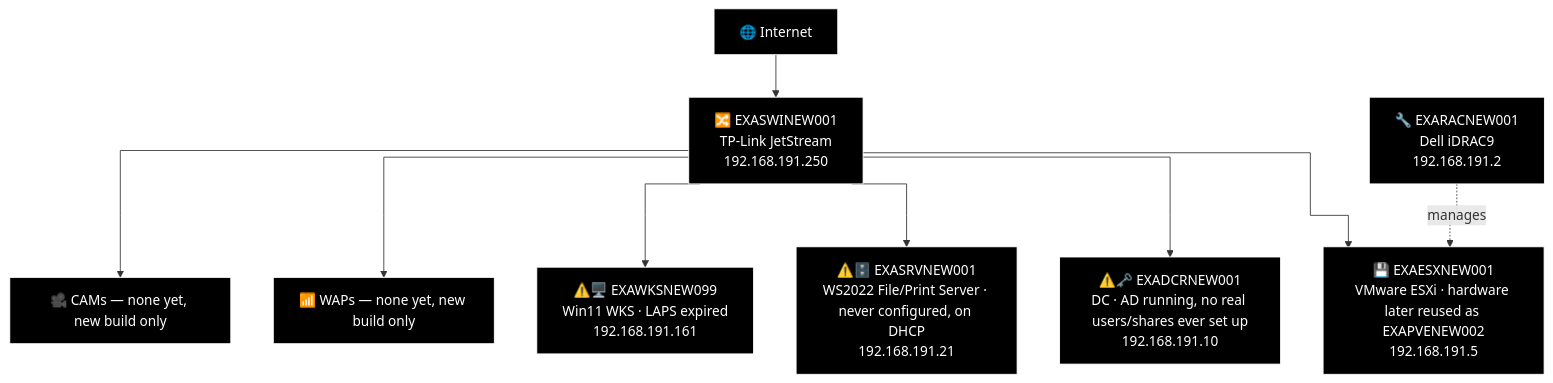
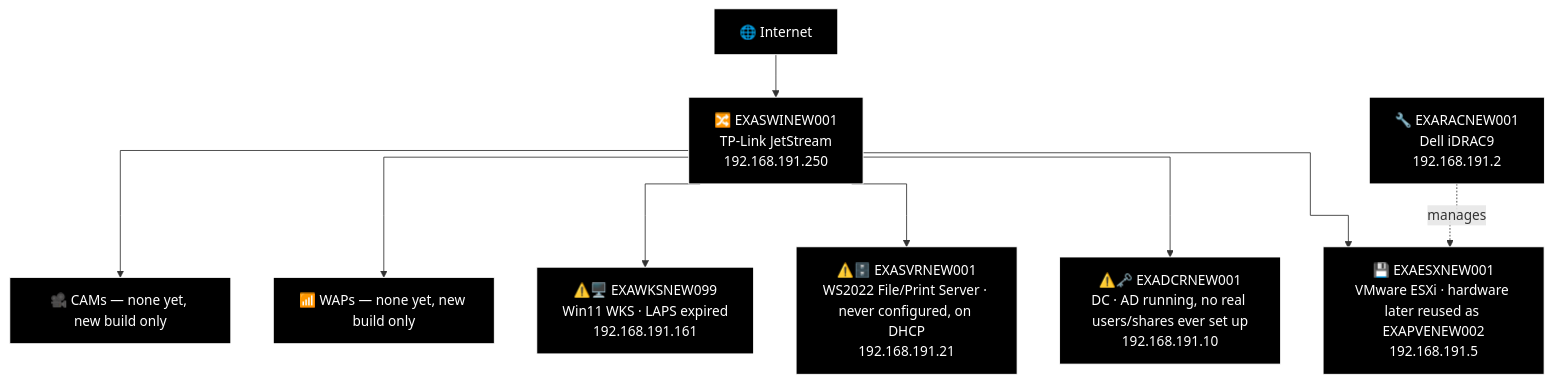
Before and after one commit to knightmare2600/example_music_infra: diagram 13 of 27 in docs/network-diagram/england.md, drawn with Mermaid. The commit also changed other lines of this file and 44 other files, not shown here.

````diff
--- a/docs/network-diagram/england.md
+++ b/docs/network-diagram/england.md
@@ -675,33 +675,33 @@
 ```mermaid
 %%{init: {'flowchart': {'curve': 'stepAfter'}}}%%
 graph TD
     O_INET["🌐 Internet"]
     O_SW["🔀 EXASWINEW001<br/>TP-Link JetStream<br/>192.168.191.250"]
     O_INET --> O_SW
 
     O_RAC["🔧 EXARACNEW001<br/>Dell iDRAC9<br/>192.168.191.2"]
     O_ESX["💾 EXAESXNEW001<br/>VMware ESXi · hardware later reused as EXAPVENEW002<br/>192.168.191.5"]
     O_SW --> O_ESX
     O_RAC -.->|"manages"| O_ESX
 
     O_DC["⚠️🗝️ EXADCRNEW001<br/>DC · AD running, no real users/shares ever set up<br/>192.168.191.10"]
-    O_SRV["⚠️🗄️ EXASRVNEW001<br/>WS2022 File/Print Server · never configured, on DHCP<br/>192.168.191.21"]
+    O_SRV["⚠️🗄️ EXASVRNEW001<br/>WS2022 File/Print Server · never configured, on DHCP<br/>192.168.191.21"]
     O_WKS["⚠️🖥️ EXAWKSNEW099<br/>Win11 WKS · LAPS expired<br/>192.168.191.161"]
     O_WAP["📶 WAPs — none yet, new build only"]
     O_CAM["🎥 CAMs — none yet, new build only"]
     O_SW --> O_DC
     O_SW --> O_SRV
     O_SW --> O_WKS
     O_SW --> O_WAP
     O_SW --> O_CAM
 
     style O_INET fill:#000000,stroke:#FFFFFF,color:#FFFFFF
     style O_SW fill:#000000,stroke:#FFFFFF,color:#FFFFFF
     style O_RAC fill:#000000,stroke:#FFFFFF,color:#FFFFFF
     style O_ESX fill:#000000,stroke:#FFFFFF,color:#FFFFFF
     style O_DC fill:#000000,stroke:#FFFFFF,color:#FFFFFF
     style O_SRV fill:#000000,stroke:#FFFFFF,color:#FFFFFF
     style O_WKS fill:#000000,stroke:#FFFFFF,color:#FFFFFF
     style O_WAP fill:#000000,stroke:#FFFFFF,color:#FFFFFF
     style O_CAM fill:#000000,stroke:#FFFFFF,color:#FFFFFF
 ```
````
